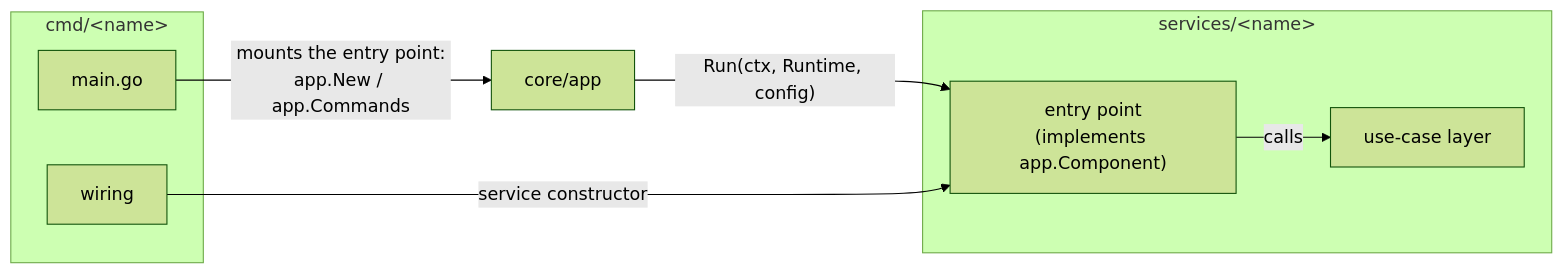
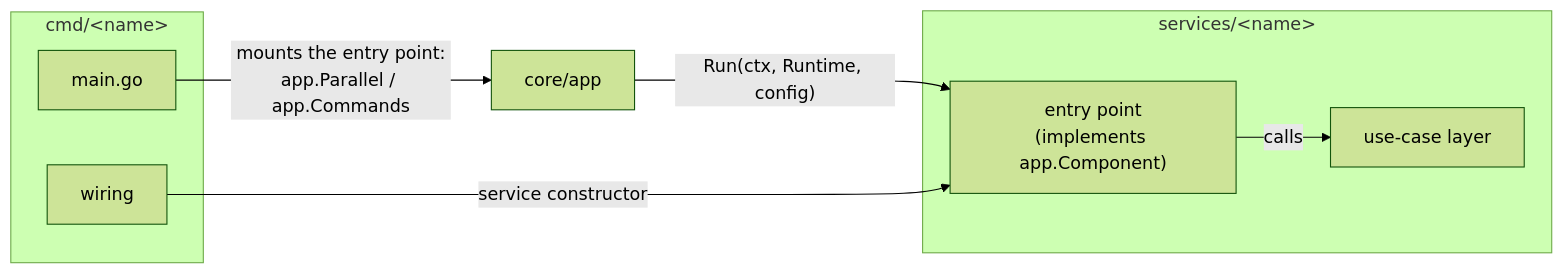
Before and after one commit to kienvan102/monorepo-microservices-template: the second of 2 diagrams in README.md, drawn with Mermaid (forest theme). The commit also changed other lines of this file and 9 other files, not shown here.

````diff
--- a/README.md
+++ b/README.md
@@ -137,17 +137,17 @@
 ```mermaid
 flowchart LR
   subgraph DEP["cmd/&lt;name&gt;"]
     MAIN["main.go"]
     WIRE["wiring"]
   end
   subgraph SVC["services/&lt;name&gt;"]
     EP["entry point<br/>(implements app.Component)"]
     UC["use-case layer"]
   end
   APP["core/app"]
 
-  MAIN -->|"mounts the entry point:<br/>app.New / app.Commands"| APP
+  MAIN -->|"mounts the entry point:<br/>app.Parallel / app.Commands"| APP
   APP -->|"Run(ctx, Runtime, config)"| EP
   WIRE -->|"service constructor"| EP
   EP -->|calls| UC
 ```
````
